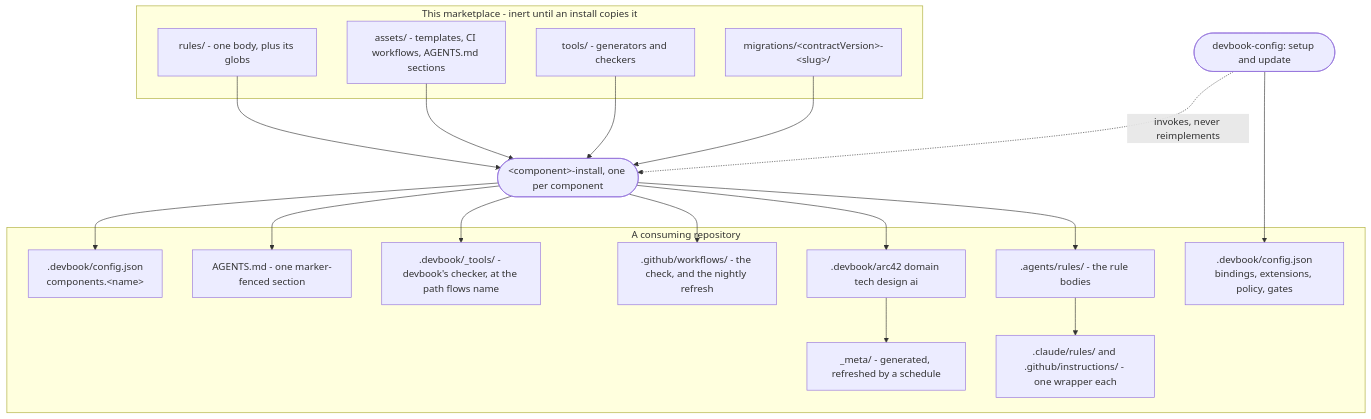
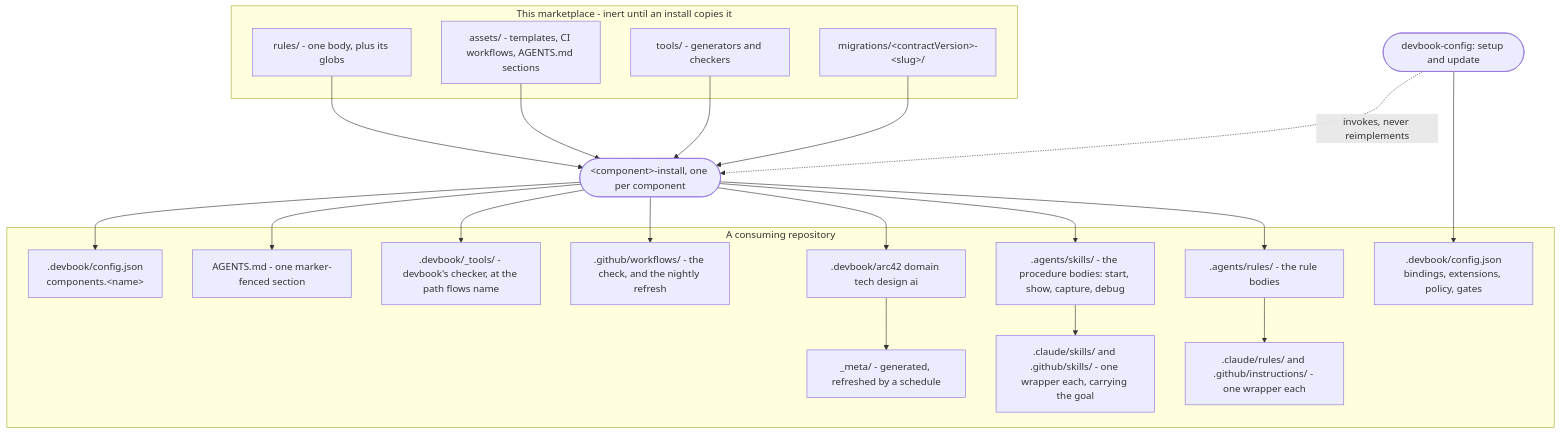
The third of 3 diagrams in .devbook/arc42/05-building-block-view.md (JSdotNet/devbook), drawn with Mermaid before and after one commit. The commit also changed other lines of this file and 34 other files, not shown here.

````diff
--- a/.devbook/arc42/05-building-block-view.md
+++ b/.devbook/arc42/05-building-block-view.md
@@ -197,39 +209,43 @@
 ```mermaid
 flowchart TB
     subgraph mp["This marketplace - inert until an install copies it"]
         pr["rules/ - one body, plus its globs"]
         pa["assets/ - templates, CI workflows, AGENTS.md sections"]
         pt["tools/ - generators and checkers"]
         pm["migrations/&lt;contractVersion&gt;-&lt;slug&gt;/"]
     end
 
     setup(["devbook-config: setup and update"])
     inst(["&lt;component&gt;-install, one per component"])
 
     subgraph repo["A consuming repository"]
         ar[".agents/rules/ - the rule bodies"]
         cw[".claude/rules/ and .github/instructions/ - one wrapper each"]
+        sk[".agents/skills/ - the procedure bodies: start, show, capture, debug"]
+        sw[".claude/skills/ and .github/skills/ - one wrapper each, carrying the goal"]
         folders[".devbook/arc42 domain tech design ai"]
         meta["_meta/ - generated, refreshed by a schedule"]
         wf[".github/workflows/ - the check, and the nightly refresh"]
         tools[".devbook/_tools/ - devbook's checker, at the path flows name"]
         agents["AGENTS.md - one marker-fenced section"]
         cfgE[".devbook/config.json<br/>bindings, extensions, policy, gates"]
         cfgC[".devbook/config.json<br/>components.&lt;name&gt;"]
     end
 
     pr --> inst
     pa --> inst
     pt --> inst
     pm --> inst
     inst --> ar
     ar --> cw
+    inst --> sk
+    sk --> sw
     inst --> folders
     inst --> wf
     inst --> tools
     inst --> agents
     inst --> cfgC
     setup --> cfgE
     setup -.->|"invokes, never reimplements"| inst
     folders --> meta
 ```
````
